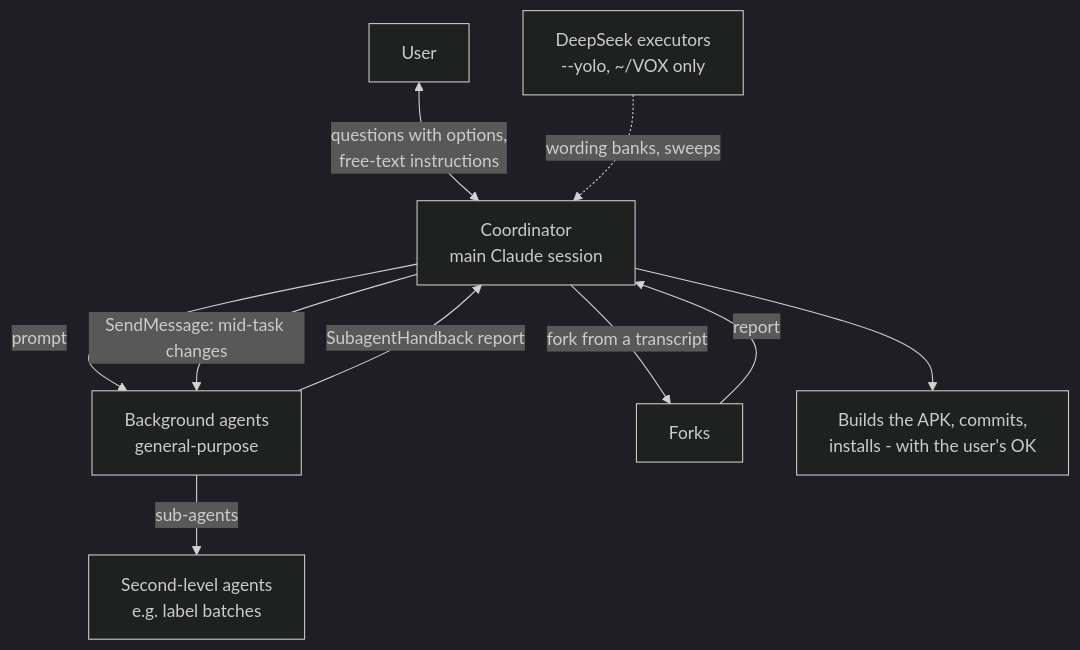
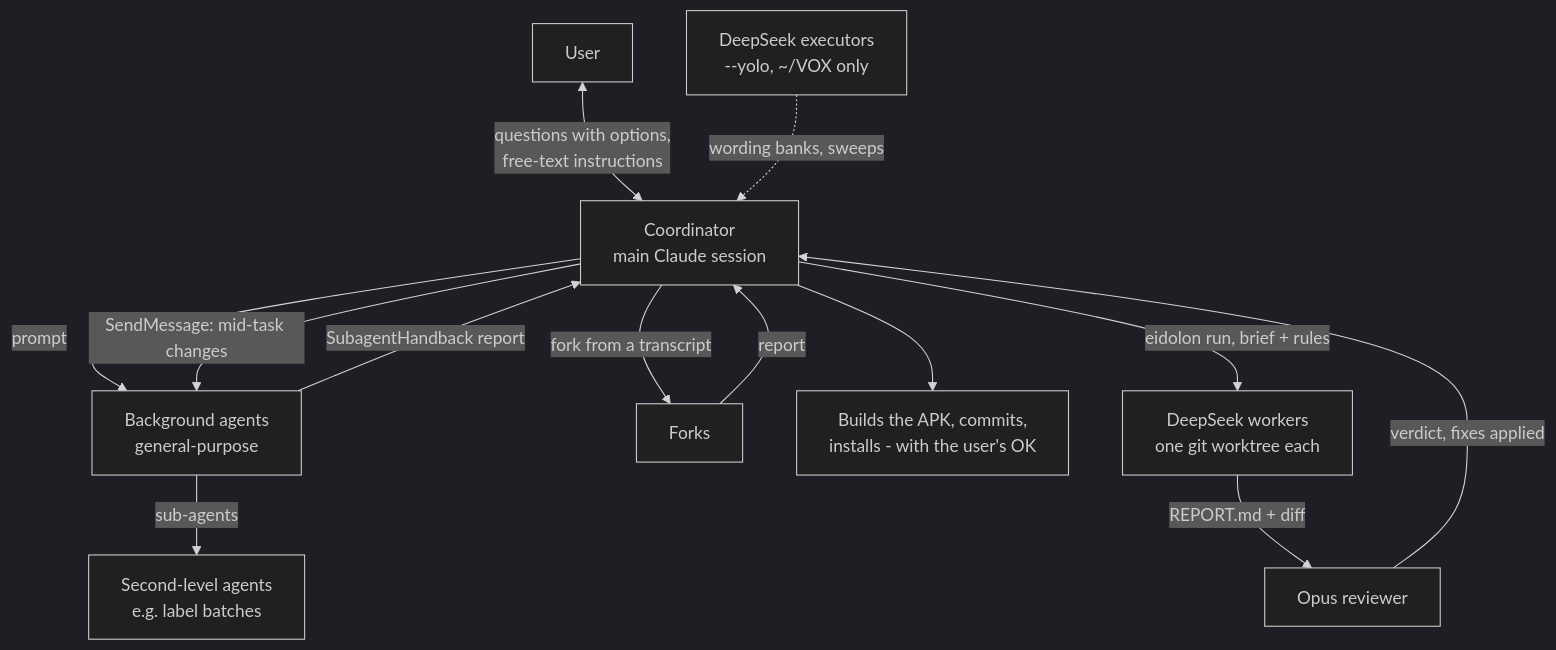
Before and after one commit to dxcently/Canti: the diagram in wiki/process.md, drawn with Mermaid (dark theme). The commit also changed other lines of this file and 11 other files, not shown here.

````diff
--- a/wiki/process.md
+++ b/wiki/process.md
@@ -10,12 +11,15 @@
 ```mermaid
 flowchart TB
   U[User] <-->|questions with options,<br/>free-text instructions| C[Coordinator<br/>main Claude session]
   C -->|prompt| G[Background agents<br/>general-purpose]
   C -->|fork from a transcript| F[Forks]
   G -->|sub-agents| S[Second-level agents<br/>e.g. label batches]
   G -->|SubagentHandback report| C
   F -->|report| C
   C -->|SendMessage: mid-task changes| G
   C --> APK[Builds the APK, commits,<br/>installs - with the user's OK]
   D[DeepSeek executors<br/>--yolo, ~/VOX only] -.->|wording banks, sweeps| C
+  C -->|eidolon run, brief + rules| E[DeepSeek workers<br/>one git worktree each]
+  E -->|REPORT.md + diff| R[Opus reviewer]
+  R -->|verdict, fixes applied| C
 ```
````
